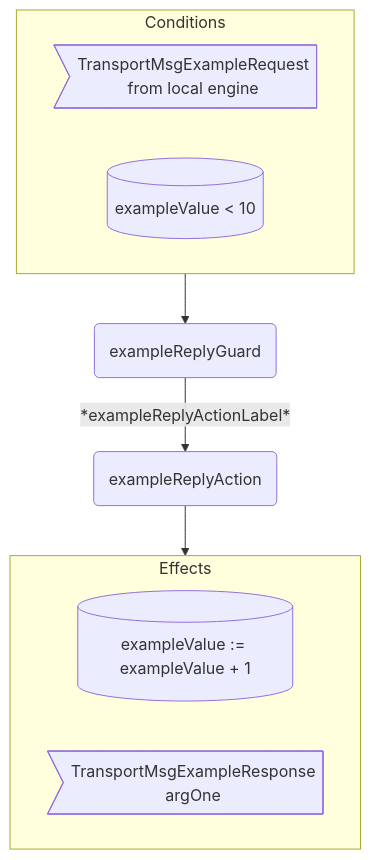
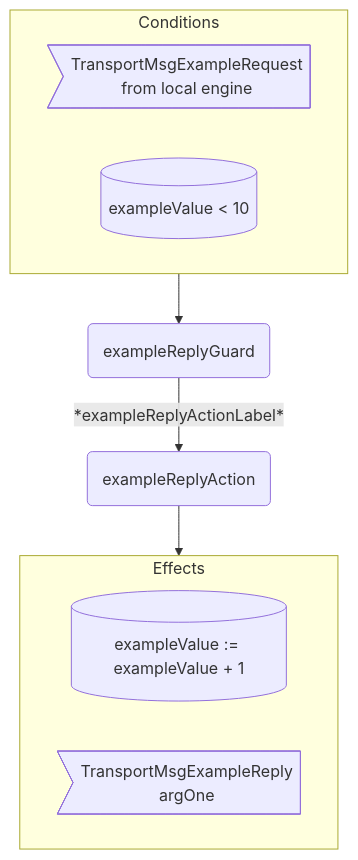
One commit to anoma/nspec changed the diagram in docs/arch/node/net/transport_behaviour.juvix.md. Above: the diagram before and after it, drawn with Mermaid. The commit also changed other lines of this file and 37 other files, not shown here.

Commit message:
Renamed all instances of "Response" to "Reply" in message interfaces for consistency across commitment, decryption, identity management, and other engines.

````diff
--- a/docs/arch/node/net/transport_behaviour.juvix.md
+++ b/docs/arch/node/net/transport_behaviour.juvix.md
@@ -306,17 +306,17 @@
 ```mermaid
 flowchart TD
   subgraph C[Conditions]
     CMsg>TransportMsgExampleRequest<br/>from local engine]
     CEnv[(exampleValue < 10)]
   end
 
   G(exampleReplyGuard)
   A(exampleReplyAction)
 
   C --> G -- *exampleReplyActionLabel* --> A --> E
 
   subgraph E[Effects]
     EEnv[(exampleValue := exampleValue + 1)]
-    EMsg>TransportMsgExampleResponse<br/>argOne]
+    EMsg>TransportMsgExampleReply<br/>argOne]
   end
 ```
````
